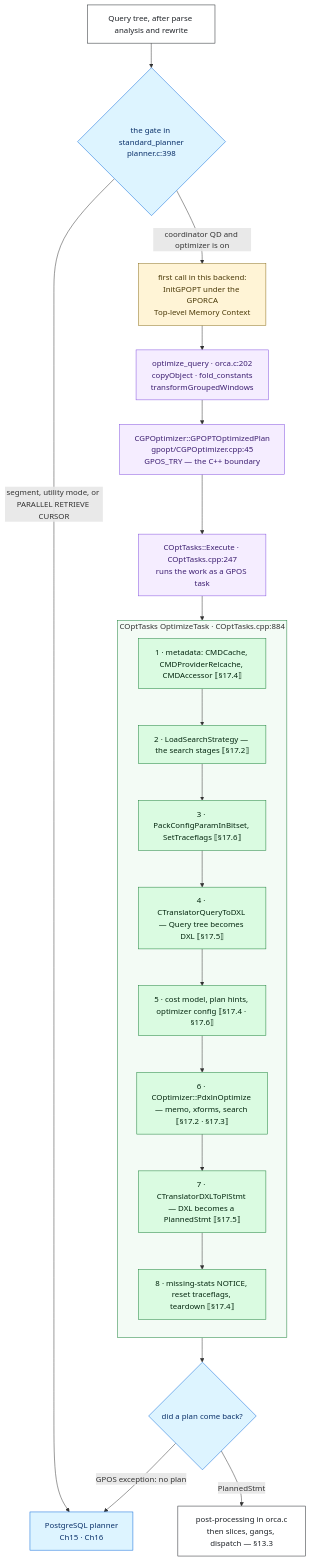
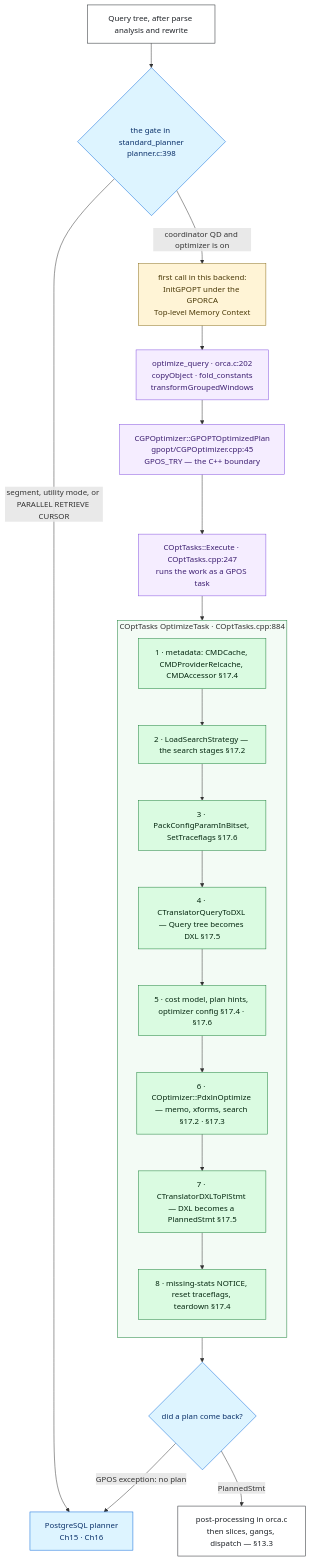
The first of 4 diagrams in docs/core-internals/part-4-query-processing/ch17.md (apache/cloudberry), drawn with Mermaid before and after one commit. The commit also changed other lines of this file and 15 other files, not shown here.

````diff
--- a/docs/core-internals/part-4-query-processing/ch17.md
+++ b/docs/core-internals/part-4-query-processing/ch17.md
@@ -32,35 +34,35 @@
 ```mermaid
 flowchart TB
   Q["Query tree, after parse analysis and rewrite"]:::ext
   GATE{"the gate in standard_planner<br/>planner.c:398"}:::q
   PGP["PostgreSQL planner<br/>Ch15 · Ch16"]:::q
   INIT["first call in this backend:<br/>InitGPOPT under the GPORCA<br/>Top-level Memory Context"]:::warn
   OQ["optimize_query · orca.c:202<br/>copyObject · fold_constants<br/>transformGroupedWindows"]:::orca
   CPP["CGPOptimizer::GPOPTOptimizedPlan<br/>gpopt/CGPOptimizer.cpp:45<br/>GPOS_TRY — the C++ boundary"]:::orca
   EX["COptTasks::Execute · COptTasks.cpp:247<br/>runs the work as a GPOS task"]:::orca
   Q --> GATE
   GATE -->|"segment, utility mode, or PARALLEL RETRIEVE CURSOR"| PGP
   GATE -->|"coordinator QD and optimizer is on"| INIT
   INIT --> OQ --> CPP --> EX --> S1
   subgraph OT["COptTasks OptimizeTask · COptTasks.cpp:884"]
     direction TB
-    S1["1 · metadata: CMDCache, CMDProviderRelcache, CMDAccessor ⟦§17.4⟧"]:::s
-    S2["2 · LoadSearchStrategy — the search stages ⟦§17.2⟧"]:::s
-    S3["3 · PackConfigParamInBitset, SetTraceflags ⟦§17.6⟧"]:::s
-    S4["4 · CTranslatorQueryToDXL — Query tree becomes DXL ⟦§17.5⟧"]:::s
-    S5["5 · cost model, plan hints, optimizer config ⟦§17.4 · §17.6⟧"]:::s
-    S6["6 · COptimizer::PdxlnOptimize — memo, xforms, search ⟦§17.2 · §17.3⟧"]:::s
-    S7["7 · CTranslatorDXLToPlStmt — DXL becomes a PlannedStmt ⟦§17.5⟧"]:::s
-    S8["8 · missing-stats NOTICE, reset traceflags, teardown ⟦§17.4⟧"]:::s
+    S1["1 · metadata: CMDCache, CMDProviderRelcache, CMDAccessor §17.4"]:::s
+    S2["2 · LoadSearchStrategy — the search stages §17.2"]:::s
+    S3["3 · PackConfigParamInBitset, SetTraceflags §17.6"]:::s
+    S4["4 · CTranslatorQueryToDXL — Query tree becomes DXL §17.5"]:::s
+    S5["5 · cost model, plan hints, optimizer config §17.4 · §17.6"]:::s
+    S6["6 · COptimizer::PdxlnOptimize — memo, xforms, search §17.2 · §17.3"]:::s
+    S7["7 · CTranslatorDXLToPlStmt — DXL becomes a PlannedStmt §17.5"]:::s
+    S8["8 · missing-stats NOTICE, reset traceflags, teardown §17.4"]:::s
     S1 --> S2 --> S3 --> S4 --> S5 --> S6 --> S7 --> S8
   end
   S8 --> OK{"did a plan come back?"}:::q
   OK -->|"PlannedStmt"| DONE["post-processing in orca.c<br/>then slices, gangs, dispatch — §13.3"]:::ext
   OK -->|"GPOS exception: no plan"| PGP
   classDef ext fill:#ffffff,stroke:#1f2328,color:#1f2328
   classDef q fill:#ddf4ff,stroke:#0969da,color:#0a3069
   classDef s fill:#dafbe1,stroke:#1a7f37,color:#04260f
   classDef orca fill:#f5edff,stroke:#8250df,color:#3c1e70
   classDef warn fill:#fff4d6,stroke:#8a6d1a,color:#4a3908
   style OT fill:#f3fbf5,stroke:#1a7f37
 ```
````
